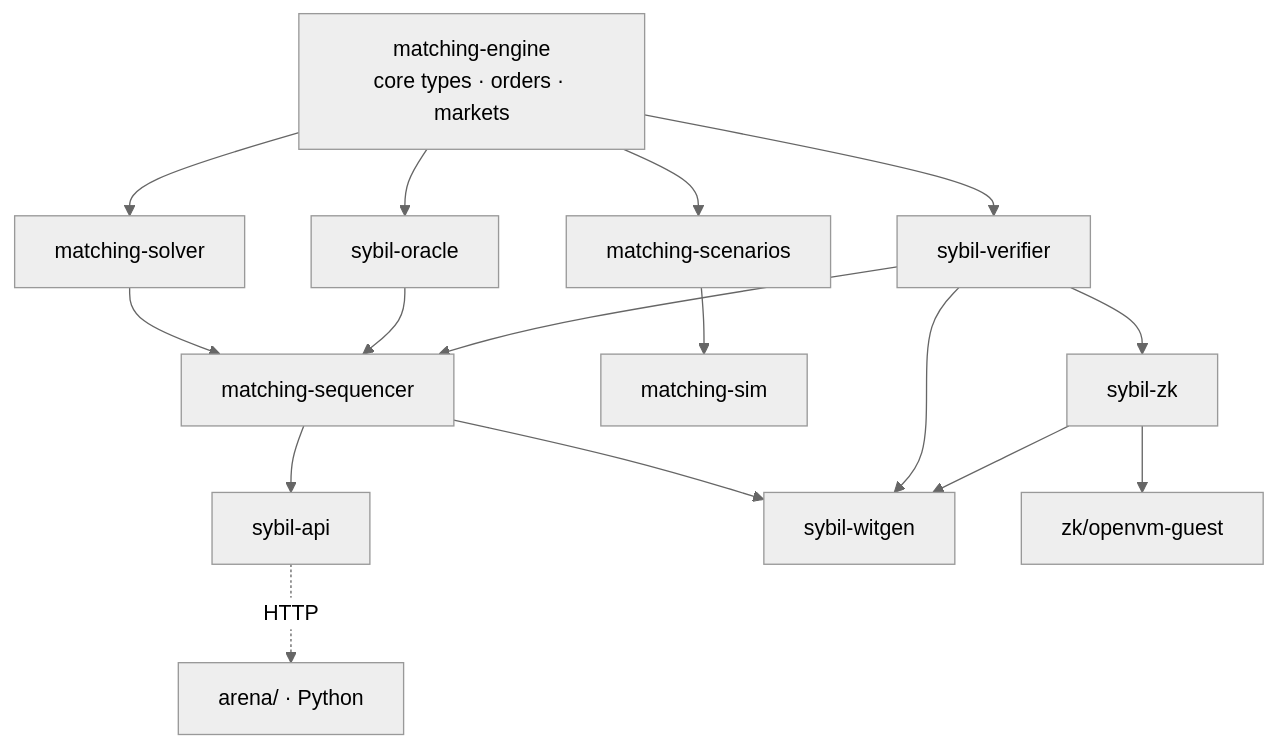
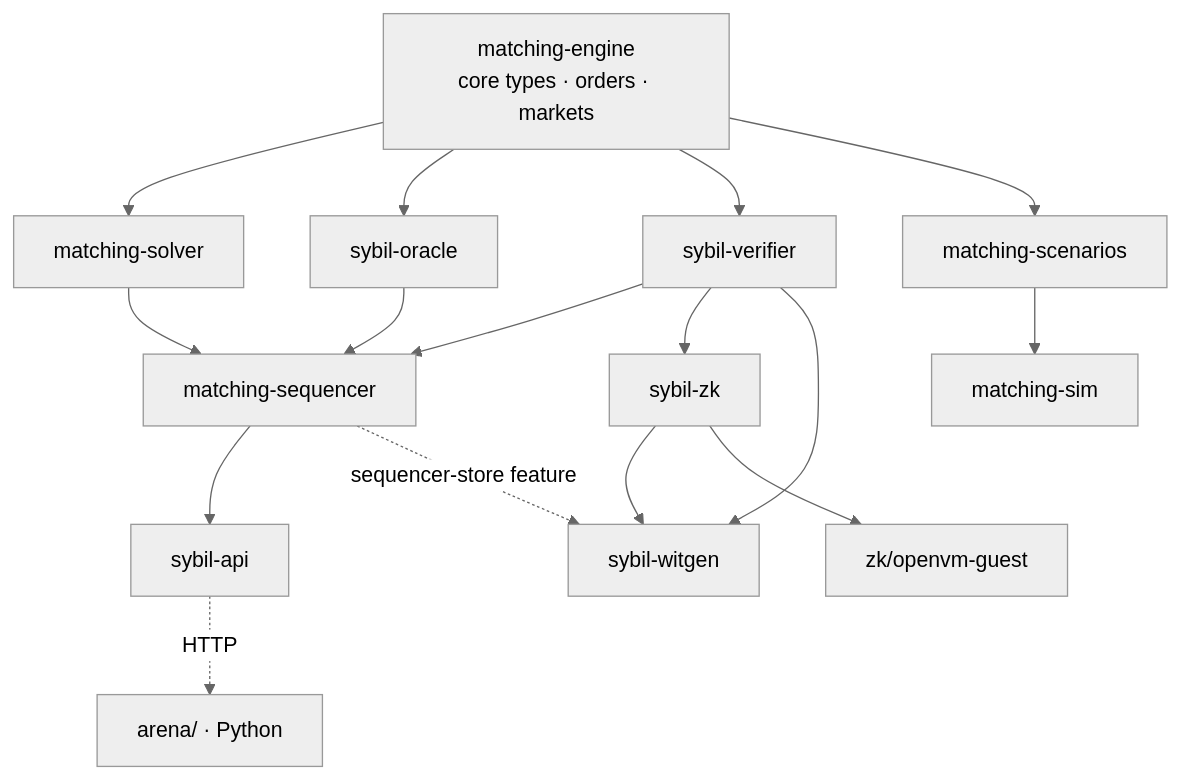
The diagram in docs/architecture/Crate Dependency Map.md (MetaB0y/sybil), drawn with Mermaid (neutral theme) before and after one commit. The commit also changed other lines of this file and 8 other files, not shown here.

````diff
--- a/docs/architecture/Crate Dependency Map.md
+++ b/docs/architecture/Crate Dependency Map.md
@@ -22,23 +24,23 @@
 ```mermaid
 graph TB
     ENGINE["matching-engine<br/>core types · orders · markets"]
 
     ENGINE --> SOLVER["matching-solver"]
     ENGINE --> ORACLE["sybil-oracle"]
     ENGINE --> VERIFIER["sybil-verifier"]
     ENGINE --> SCENARIOS["matching-scenarios"]
 
     SOLVER --> SEQ["matching-sequencer"]
     ORACLE --> SEQ
     VERIFIER --> SEQ
 
     SEQ --> API["sybil-api"]
     API -.->|"HTTP"| ARENA["arena/ · Python"]
 
     SCENARIOS --> SIM["matching-sim"]
     VERIFIER --> ZK["sybil-zk"]
-    SEQ --> WITGEN["sybil-witgen"]
     VERIFIER --> WITGEN
     ZK --> WITGEN
+    SEQ -.->|"sequencer-store feature"| WITGEN["sybil-witgen"]
     ZK --> OPENVM["zk/openvm-guest"]
 ```
````
